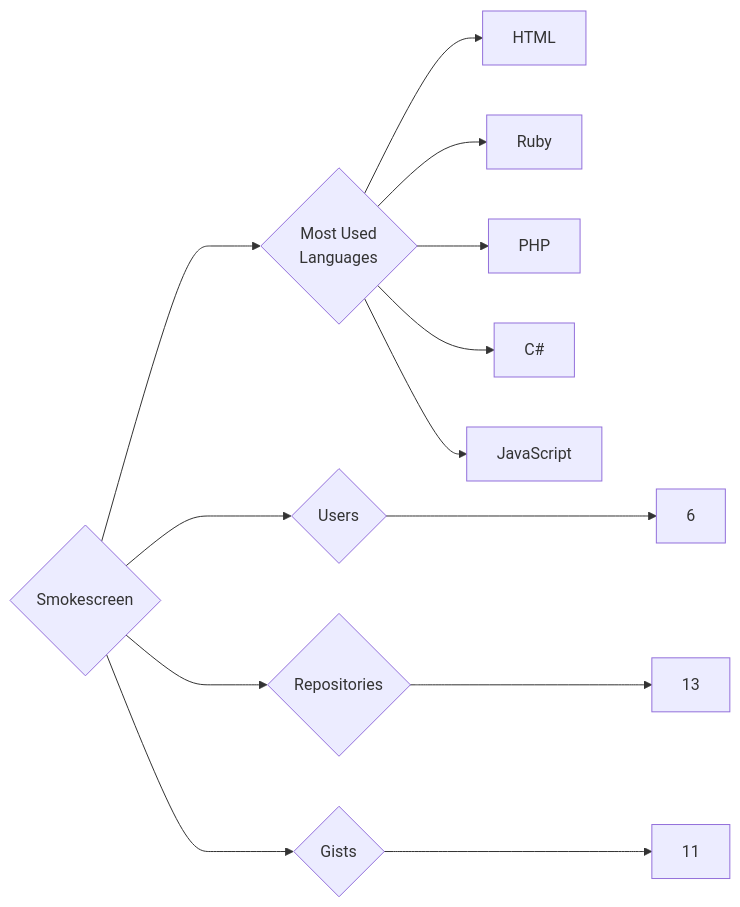
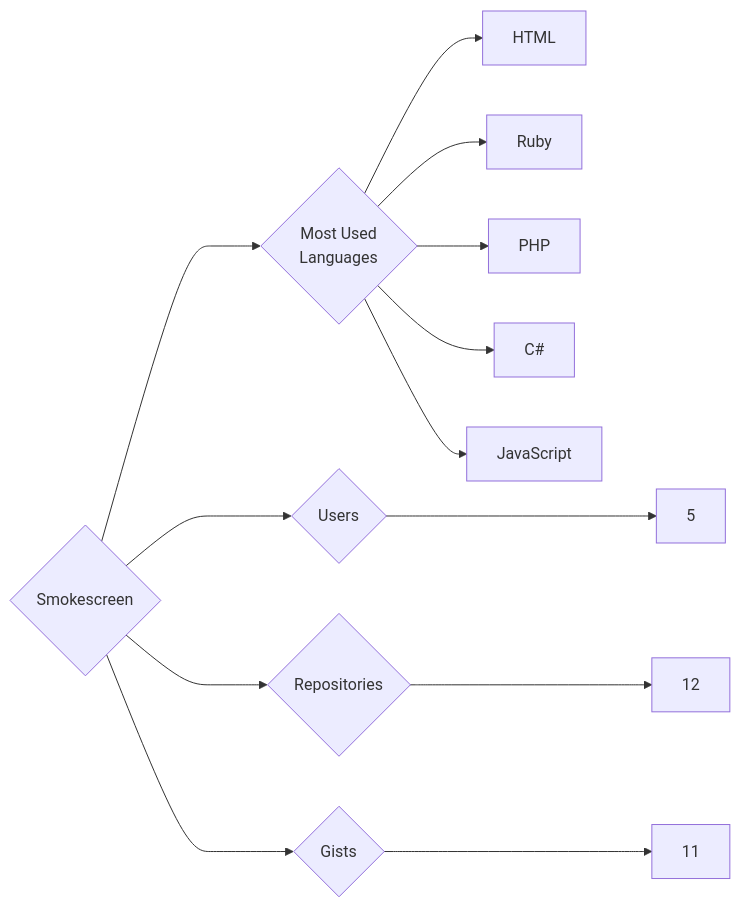
The diagram in targets/Smokescreen/README.md (trickest/insiders), drawn with Mermaid before and after one commit. The commit also changed 839 other files, not shown here.

````diff
--- a/targets/Smokescreen/README.md
+++ b/targets/Smokescreen/README.md
@@ -3,13 +3,13 @@
 ```mermaid
 graph LR
 COMPANY_NAME{Smokescreen}
-COMPANY_NAME ---> U{Users} ---> UN[6]
-COMPANY_NAME ---> R{Repositories} ---> RN[13]
+COMPANY_NAME ---> U{Users} ---> UN[5]
+COMPANY_NAME ---> R{Repositories} ---> RN[12]
 COMPANY_NAME ---> G{Gists} ---> GN[11]
 COMPANY_NAME ---> ML{Most Used<br>Languages}
 ML --> HTML[HTML]
 ML --> Ruby[Ruby]
 ML --> PHP[PHP]
 ML --> C#[C#]
 ML --> JavaScript[JavaScript]
 ```
````
